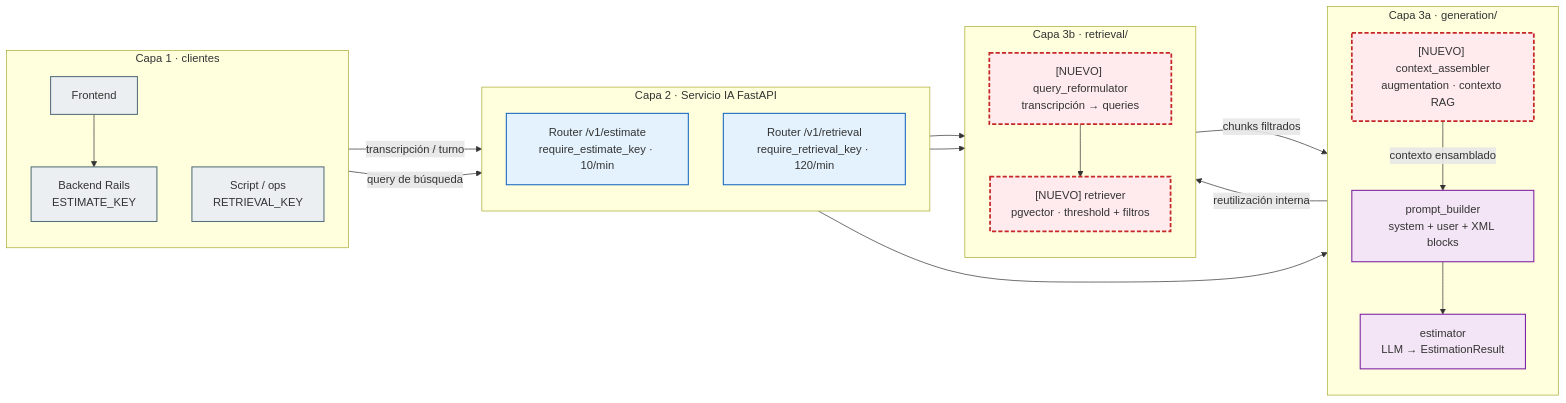
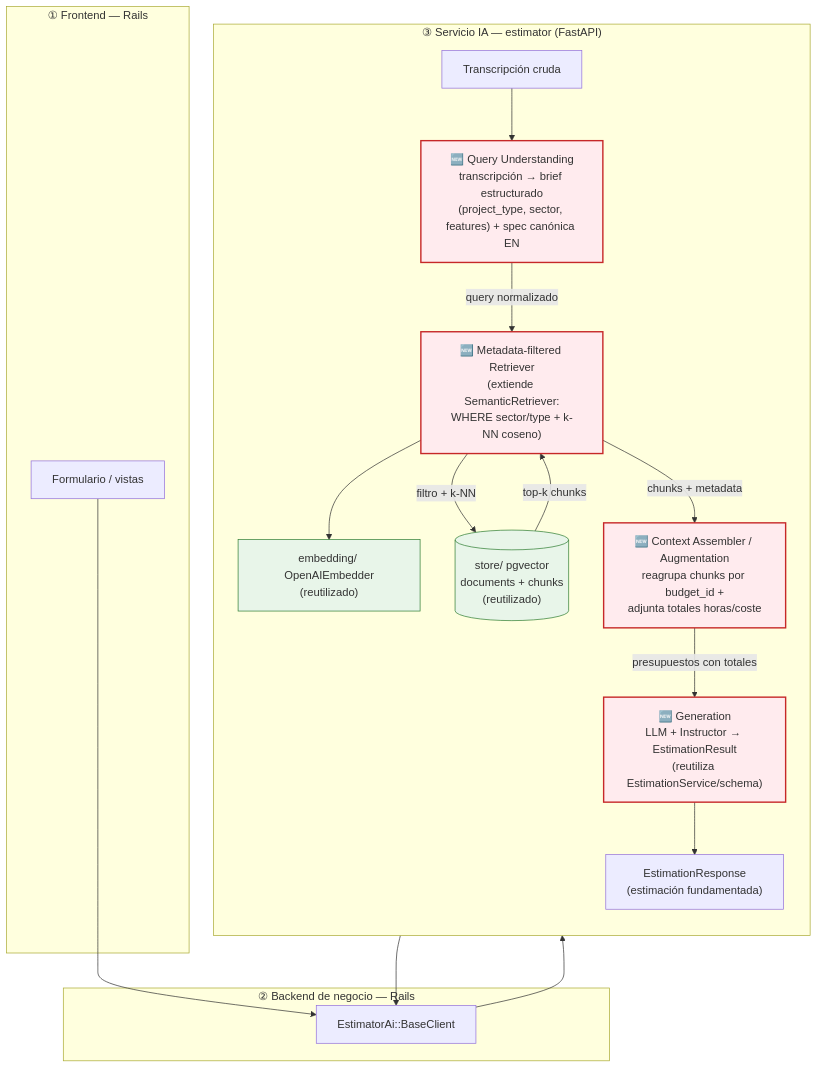
One commit to alber06/estimator changed the second of 2 diagrams in arquitectura-actual.md. Above: the diagram before and after it, drawn with Mermaid. The commit also changed other lines of this file and 493 other files, not shown here.

````diff
--- a/arquitectura-actual.md
+++ b/arquitectura-actual.md
@@ -346,54 +265,38 @@
 ```mermaid
-flowchart LR
-  classDef client fill:#eceff1,stroke:#546e7a,stroke-width:1.5px
-  classDef api fill:#e3f2fd,stroke:#1565c0,stroke-width:1.5px
-  classDef gen fill:#f3e5f5,stroke:#7b1fa2,stroke-width:1.5px
-  classDef ret fill:#e8f5e9,stroke:#2e7d32,stroke-width:1.5px
-  classDef nuevo fill:#ffebee,stroke:#c62828,stroke-width:2.5px,stroke-dasharray:6 3
+flowchart TB
+    subgraph FE["① Frontend — Rails"]
+        UI["Formulario / vistas"]
+    end
+    subgraph BIZ["② Backend de negocio — Rails"]
+        AIClient["EstimatorAi::BaseClient"]
+    end
 
-  subgraph CLIENTES["Capa 1 · clientes"]
-    direction TB
-    FE["Frontend"]
-    RAILS["Backend Rails<br/>ESTIMATE_KEY"]
-    SCRIPT["Script / ops<br/>RETRIEVAL_KEY"]
-  end
+    subgraph AI["③ Servicio IA — estimator (FastAPI)"]
+        direction TB
 
-  subgraph API["Capa 2 · Servicio IA FastAPI"]
-    direction TB
-    R_EST["Router /v1/estimate<br/>require_estimate_key · 10/min"]
-    R_RET["Router /v1/retrieval<br/>require_retrieval_key · 120/min"]
-  end
+        Trans["Transcripción cruda"]
 
-  subgraph GEN["Capa 3a · generation/"]
-    direction TB
-    CA["[NUEVO] context_assembler<br/>augmentation · contexto RAG"]
-    PB["prompt_builder<br/>system + user + XML blocks"]
-    EST["estimator<br/>LLM → EstimationResult"]
-  end
+        QU["🆕 Query Understanding<br/>transcripción → brief estructurado<br/>(project_type, sector, features) + spec canónica EN"]
+        Retr2["🆕 Metadata-filtered Retriever<br/>(extiende SemanticRetriever:<br/>WHERE sector/type + k-NN coseno)"]
+        Store[("store/ pgvector<br/>documents + chunks<br/>(reutilizado)")]
+        Embed["embedding/ OpenAIEmbedder<br/>(reutilizado)"]
+        Asm["🆕 Context Assembler / Augmentation<br/>reagrupa chunks por budget_id +<br/>adjunta totales horas/coste"]
+        Gen["🆕 Generation<br/>LLM + Instructor → EstimationResult<br/>(reutiliza EstimationService/schema)"]
+        Est["EstimationResponse<br/>(estimación fundamentada)"]
+    end
 
-  subgraph RET["Capa 3b · retrieval/"]
-    direction TB
-    QR["[NUEVO] query_reformulator<br/>transcripción → queries"]
-    RV["[NUEVO] retriever<br/>pgvector · threshold + filtros"]
-  end
+    UI --> AIClient --> Trans --> QU
+    QU -->|"query normalizado"| Retr2
+    Retr2 --> Embed
+    Retr2 -->|"filtro + k-NN"| Store
+    Store -->|"top-k chunks"| Retr2
+    Retr2 -->|"chunks + metadata"| Asm
+    Asm -->|"presupuestos con totales"| Gen
+    Gen --> Est --> AIClient
 
-  FE --> RAILS
-  RAILS -->|"transcripción / turno"| R_EST
-  SCRIPT -->|"query de búsqueda"| R_RET
+    classDef done fill:#e8f5e9,stroke:#2e7d32,stroke-width:1px;
+    classDef new fill:#ffebee,stroke:#c62828,stroke-width:2px;
 
-  R_EST --> CA
-  CA -->|"reutilización interna"| QR
-  QR --> RV
-  RV -->|"chunks filtrados"| CA
-  CA -->|"contexto ensamblado"| PB
-  PB --> EST
-
-  R_RET --> QR
-  R_RET --> RV
-
-  class FE,RAILS,SCRIPT client
-  class R_EST,R_RET api
-  class PB,EST gen
-  class CA nuevo
-  class QR,RV nuevo
+    class Store,Embed done;
+    class QU,Retr2,Asm,Gen new;
 ```
````
